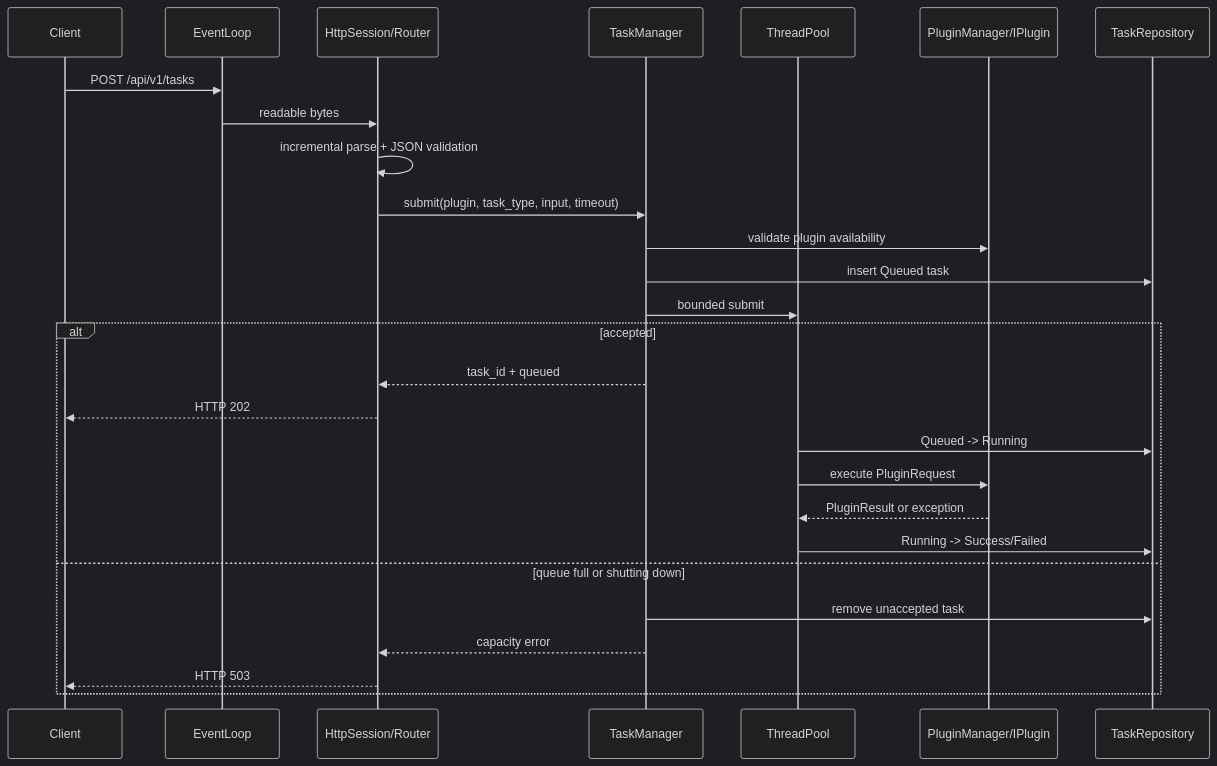
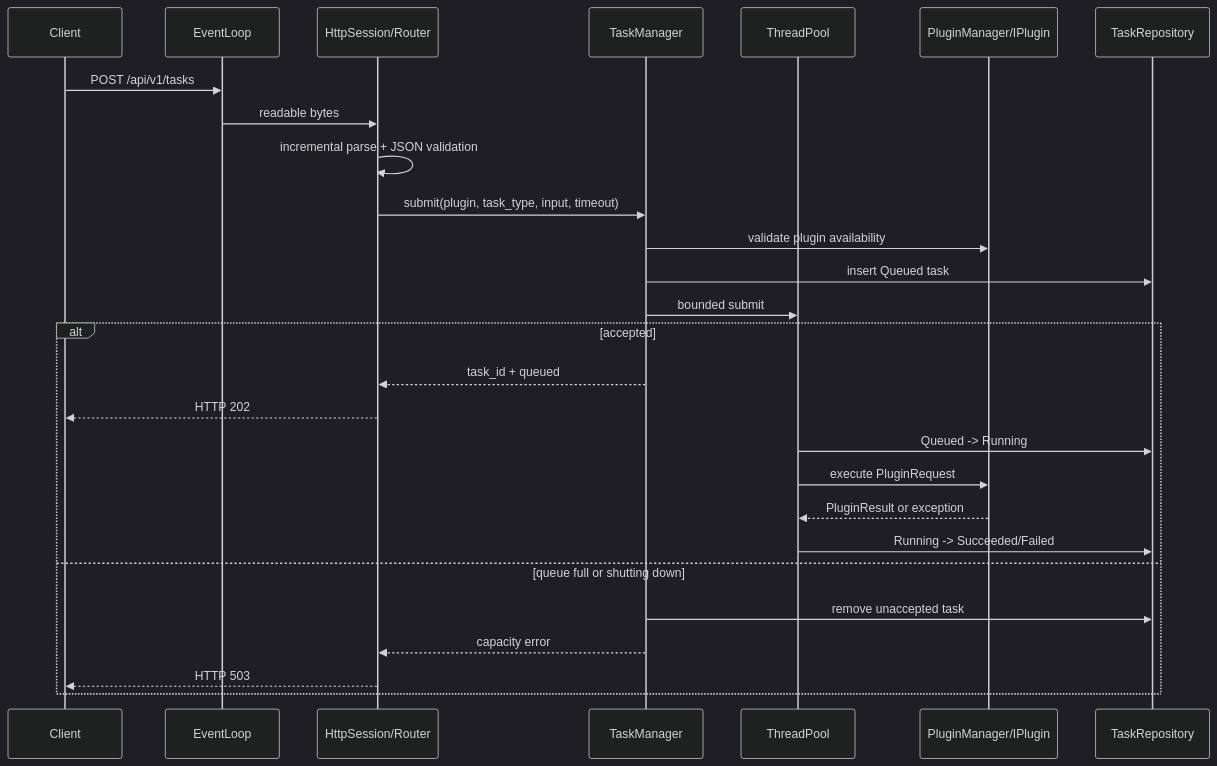
Before and after one commit to realme-max/IndustrialAIServiceFramework: the fourth of 6 diagrams in docs/architecture.md, drawn with Mermaid (dark theme). The commit also changed other lines of this file and 38 other files, not shown here.

````diff
--- a/docs/architecture.md
+++ b/docs/architecture.md
@@ -301,30 +320,30 @@
 ```mermaid
 sequenceDiagram
     participant C as Client
     participant L as EventLoop
     participant H as HttpSession/Router
     participant M as TaskManager
     participant Q as ThreadPool
     participant P as PluginManager/IPlugin
     participant R as TaskRepository
 
     C->>L: POST /api/v1/tasks
     L->>H: readable bytes
     H->>H: incremental parse + JSON validation
     H->>M: submit(plugin, task_type, input, timeout)
     M->>P: validate plugin availability
     M->>R: insert Queued task
     M->>Q: bounded submit
     alt accepted
         M-->>H: task_id + queued
         H-->>C: HTTP 202
         Q->>R: Queued -> Running
         Q->>P: execute PluginRequest
         P-->>Q: PluginResult or exception
-        Q->>R: Running -> Success/Failed
+        Q->>R: Running -> Succeeded/Failed
     else queue full or shutting down
         M->>R: remove unaccepted task
         M-->>H: capacity error
         H-->>C: HTTP 503
     end
 ```
````
